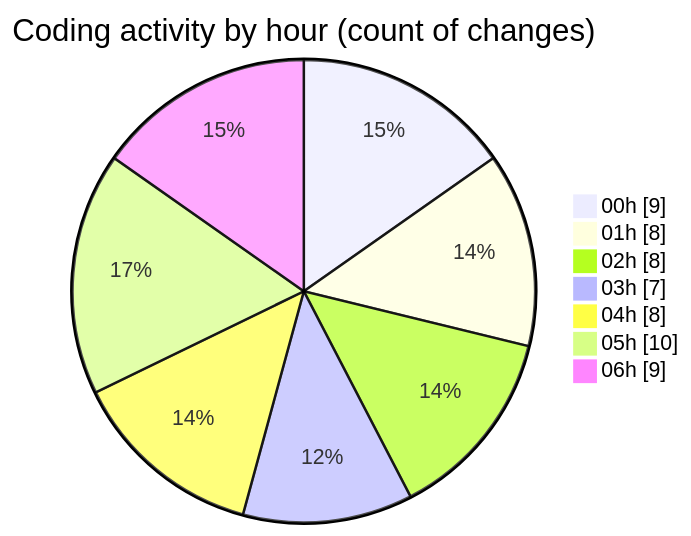
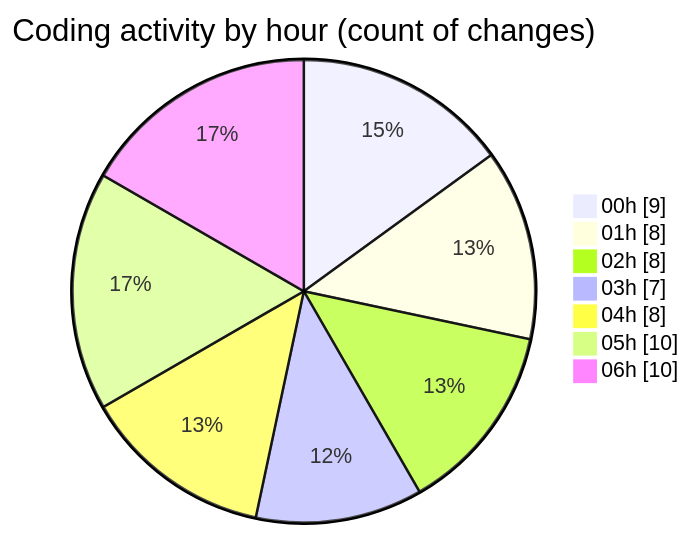
The second of 2 diagrams in 2025-07-14/telebot/README.md (jrari/code-tracking), drawn with Mermaid before and after one commit. The commit also changed other lines of this file and 1 other file, not shown here.

````diff
--- a/2025-07-14/telebot/README.md
+++ b/2025-07-14/telebot/README.md
@@ -55,11 +55,11 @@
 ```mermaid
 pie showData
 title Coding activity by hour (count of changes)
 "00h" : 9
 "01h" : 8
 "02h" : 8
 "03h" : 7
 "04h" : 8
 "05h" : 10
-"06h" : 9
+"06h" : 10
 ```
````
